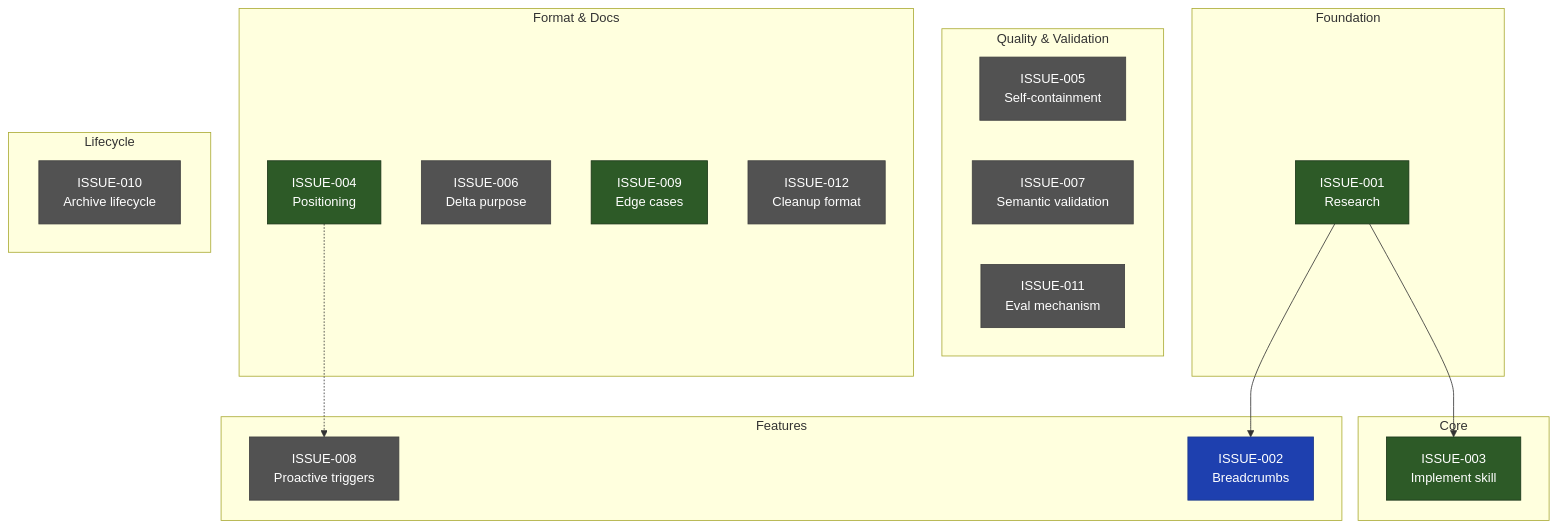
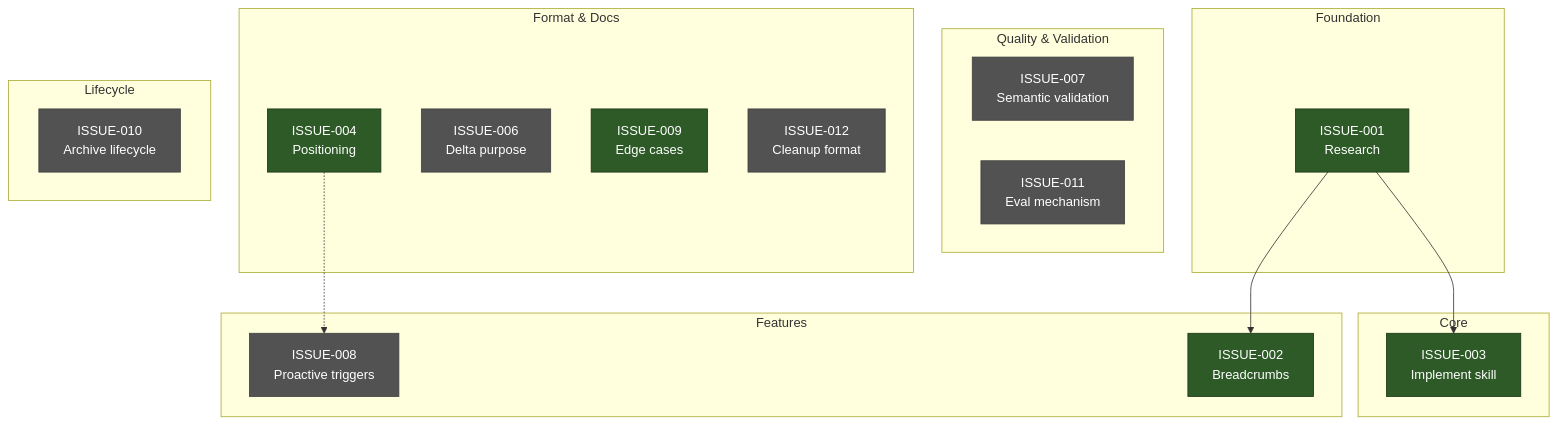
The diagram in specs/issues/DEPENDENCIES.md (mabrax/coihuin-compress), drawn with Mermaid before and after one commit. The commit also changed other lines of this file and 15 other files, not shown here.

````diff
--- a/specs/issues/DEPENDENCIES.md
+++ b/specs/issues/DEPENDENCIES.md
@@ -3,44 +3,42 @@
 ```mermaid
 flowchart TB
     subgraph foundation[Foundation]
         I001[ISSUE-001<br/>Research]
     end
 
     subgraph core[Core]
         I003[ISSUE-003<br/>Implement skill]
     end
 
     subgraph features[Features]
         I002[ISSUE-002<br/>Breadcrumbs]
         I008[ISSUE-008<br/>Proactive triggers]
     end
 
     subgraph quality[Quality & Validation]
-        I005[ISSUE-005<br/>Self-containment]
         I007[ISSUE-007<br/>Semantic validation]
         I011[ISSUE-011<br/>Eval mechanism]
     end
 
     subgraph format[Format & Docs]
         I004[ISSUE-004<br/>Positioning]
         I006[ISSUE-006<br/>Delta purpose]
         I009[ISSUE-009<br/>Edge cases]
         I012[ISSUE-012<br/>Cleanup format]
     end
 
     subgraph lifecycle[Lifecycle]
         I010[ISSUE-010<br/>Archive lifecycle]
     end
 
     I001 --> I002
     I001 --> I003
     I004 -.-> I008
 
     classDef done fill:#2d5a27,stroke:#1a3518,color:#fff
     classDef ready fill:#1e40af,stroke:#1e3a8a,color:#fff
     classDef draft fill:#525252,stroke:#404040,color:#fff
 
-    class I001,I003,I004,I009 done
-    class I002 ready
-    class I005,I006,I007,I008,I010,I011,I012 draft
+    class I001,I002,I003,I004,I009 done
+    class I006,I007,I008,I010,I011,I012 draft
 ```
````
